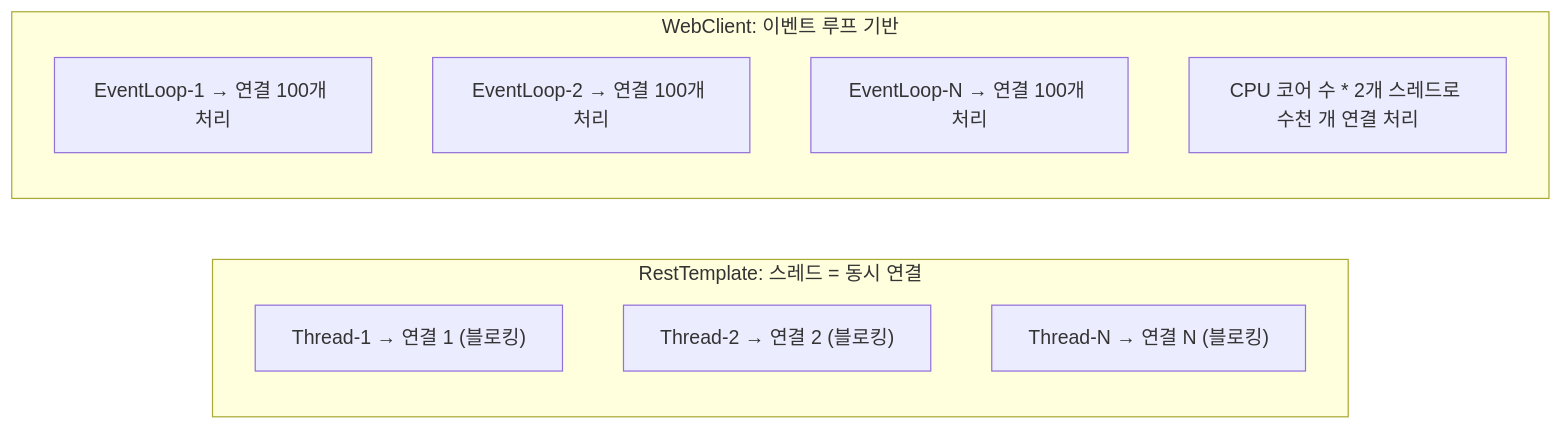
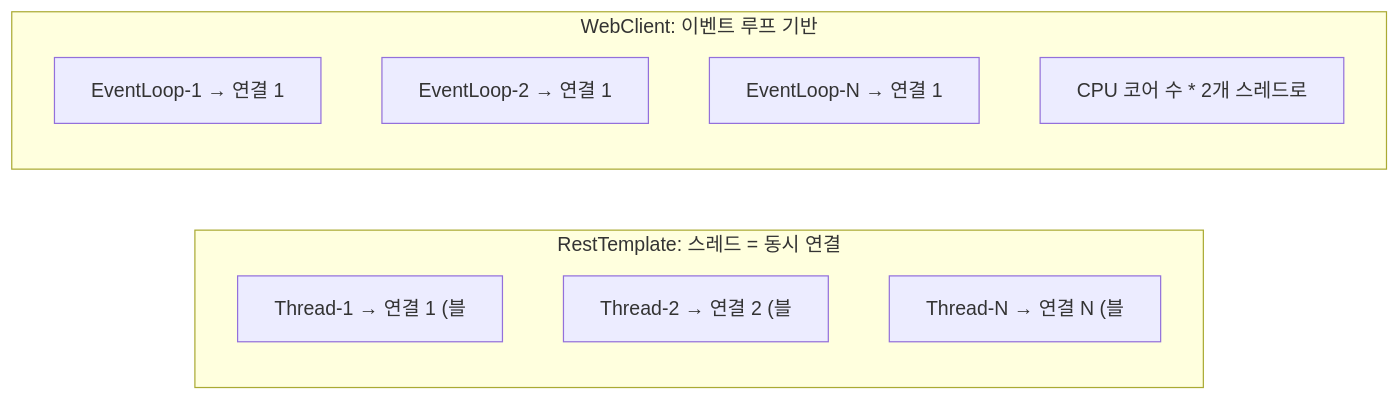
The second of 4 diagrams in _posts/spring/2026-05-01-rest-client-comparison.md (yjkim2015/yjkim2015.github.io), drawn with Mermaid before and after one commit. The commit also changed 271 other files, not shown here.

First line of the commit message:
Mermaid 라벨 축소: 긴 노드 텍스트 18자 이하로 트림 + \n 제거

````diff
--- a/_posts/spring/2026-05-01-rest-client-comparison.md
+++ b/_posts/spring/2026-05-01-rest-client-comparison.md
@@ -157,14 +157,14 @@
 ```mermaid
 graph LR
     subgraph "RestTemplate: 스레드 = 동시 연결"
-        T1["Thread-1 → 연결 1 (블로킹)"]
-        T2["Thread-2 → 연결 2 (블로킹)"]
-        TN["Thread-N → 연결 N (블로킹)"]
+        T1["Thread-1 → 연결 1 (블"]
+        T2["Thread-2 → 연결 2 (블"]
+        TN["Thread-N → 연결 N (블"]
     end
     subgraph "WebClient: 이벤트 루프 기반"
-        EL1["EventLoop-1 → 연결 100개 처리"]
-        EL2["EventLoop-2 → 연결 100개 처리"]
-        ELN["EventLoop-N → 연결 100개 처리"]
-        note["CPU 코어 수 * 2개 스레드로 수천 개 연결 처리"]
+        EL1["EventLoop-1 → 연결 1"]
+        EL2["EventLoop-2 → 연결 1"]
+        ELN["EventLoop-N → 연결 1"]
+        note["CPU 코어 수 * 2개 스레드로"]
     end
 ```
````
